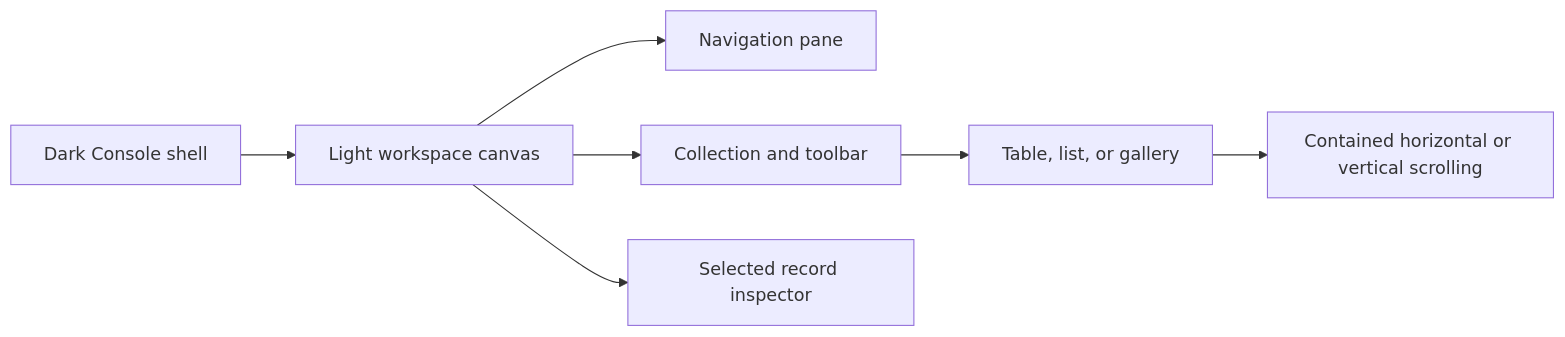
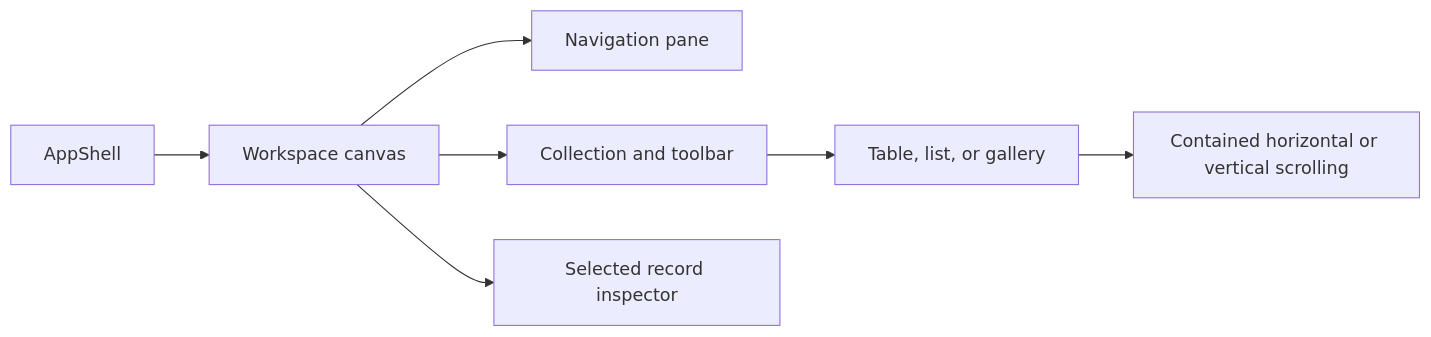
Before and after one commit to GemsForge/GemsForgeAPI: the first of 2 diagrams in Console/DESIGN_SYSTEM.md, drawn with Mermaid. The commit also changed other lines of this file and 3 other files, not shown here.

Commit message:
docs(ui): #526 describe the AppShell palette

````diff
--- a/Console/DESIGN_SYSTEM.md
+++ b/Console/DESIGN_SYSTEM.md
@@ -128,9 +132,9 @@
 ```mermaid
 flowchart LR
-  Shell[Dark Console shell] --> Workspace[Light workspace canvas]
+  Shell[AppShell] --> Workspace[Workspace canvas]
   Workspace --> Nav[Navigation pane]
   Workspace --> Collection[Collection and toolbar]
   Workspace --> Inspector[Selected record inspector]
   Collection --> Table[Table, list, or gallery]
   Table --> Scroll[Contained horizontal or vertical scrolling]
 ```
````
